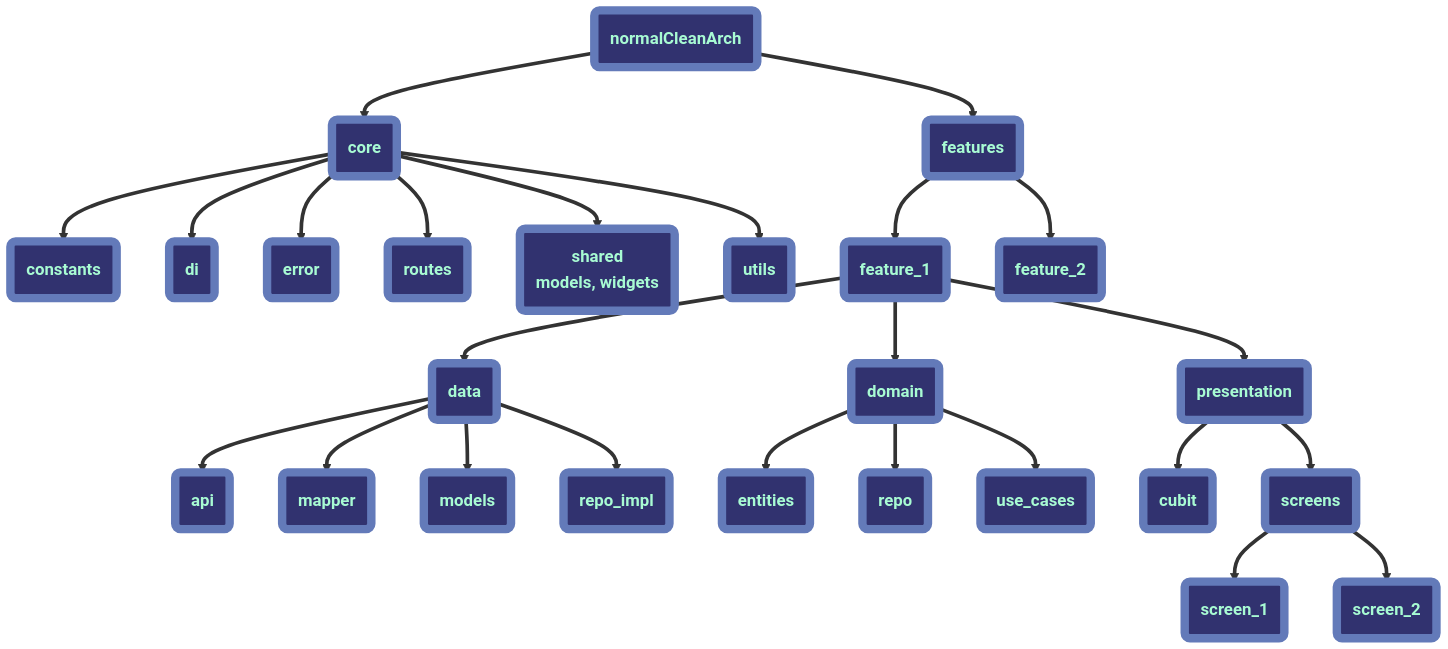
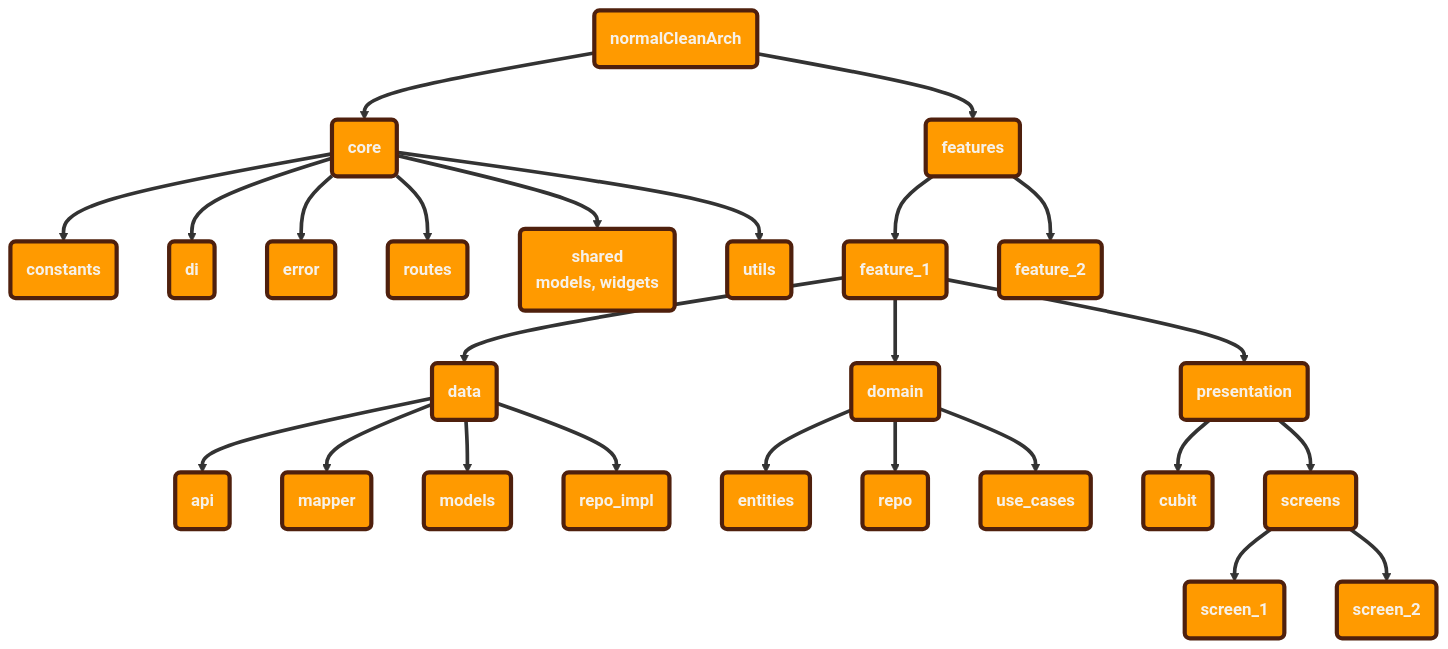
One commit to Mahm0udbakir/clean_arch changed the diagram in README.md. Above: the diagram before and after it, drawn with Mermaid.

Commit message:
Update class definition colors and styles in README.md architecture diagram to a vibrant orange theme, enhancing visual distinction and coherence across core, features, and library components.

````diff
--- a/README.md
+++ b/README.md
@@ -5,36 +5,36 @@
 ```mermaid
 graph TD
     A(normalCleanArch) ==> B(core)
     A ==> C(features)
 
     B ==> B1(constants)
     B ==> B2(di)
     B ==> B3(error)
     B ==> B4(routes)
     B ==> B5("shared<br/>models, widgets")
     B ==> B6(utils)
 
     C ==> C1(feature_1)
     C1 ==> C1a(data)
     C1a ==> C1a1(api)
     C1a ==> C1a2(mapper)
     C1a ==> C1a3(models)
     C1a ==> C1a4(repo_impl)
     C1 ==> C1b(domain)
     C1b ==> C1b1(entities)
     C1b ==> C1b2(repo)
     C1b ==> C1b3(use_cases)
     C1 ==> C1c(presentation)
     C1c ==> C1c1(cubit)
     C1c ==> C1c2(screens)
     C1c2 ==> C1c2a(screen_1)
     C1c2 ==> C1c2b(screen_2)
 
     C ==> C2(feature_2)
 
-    classDef core fill:#31326F,stroke:#637AB9,stroke-width:8px,color:#A8FBD3,font-weight:bold;
-    classDef features fill:#31326F,stroke:#637AB9,stroke-width:8px,color:#A8FBD3,font-weight:bold;
-    classDef lib fill:#31326F,stroke:#637AB9,stroke-width:8px,color:#A8FBD3,font-weight:bold;
+    classDef core fill:#FF9A00,stroke:#4F200D,stroke-width:4px,color:#F6F1E9,font-weight:bold;
+    classDef features fill:#FF9A00,stroke:#4F200D,stroke-width:4px,color:#F6F1E9,font-weight:bold;
+    classDef lib fill:#FF9A00,stroke:#4F200D,stroke-width:4px,color:#F6F1E9,font-weight:bold;
     class A,B,B1,B2,B3,B4,B5,B6 core;
     class C,C1,C1a,C1a1,C1a2,C1a3,C1a4,C1b,C1b1,C1b2,C1b3,C1c,C1c1,C1c2,C1c2a,C1c2b,C2 features;
 ```
````
